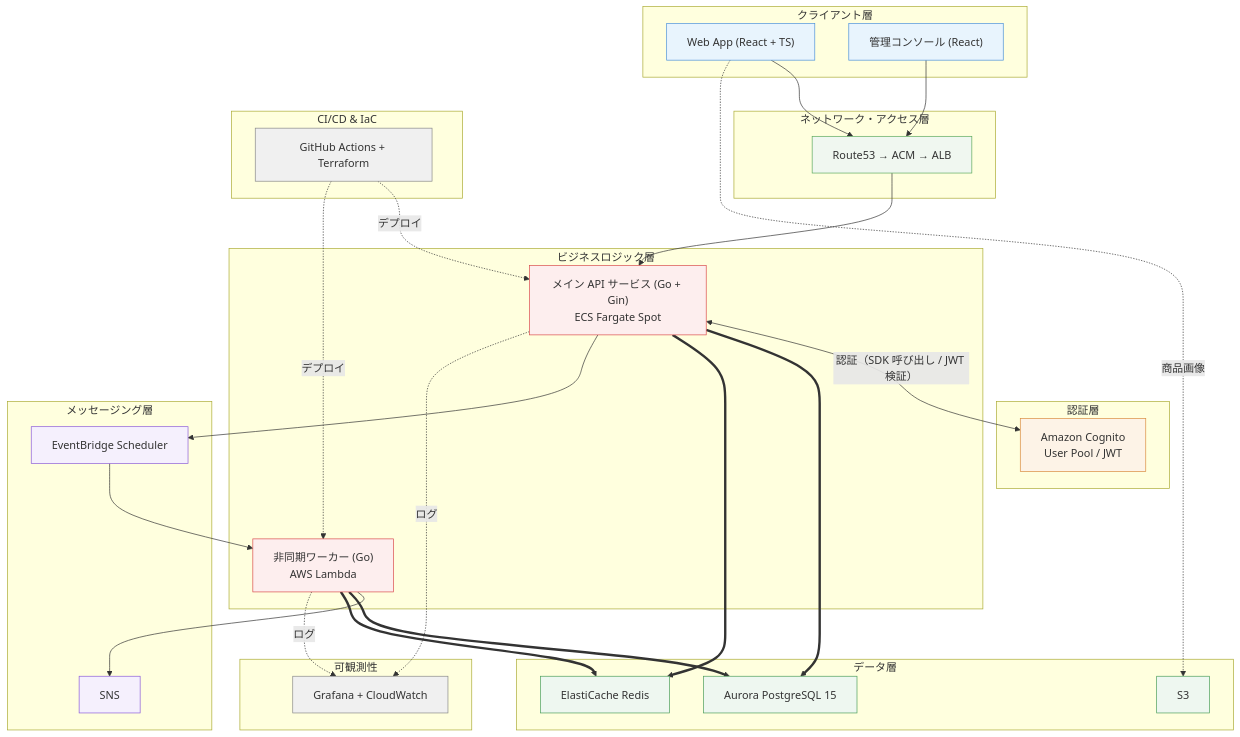
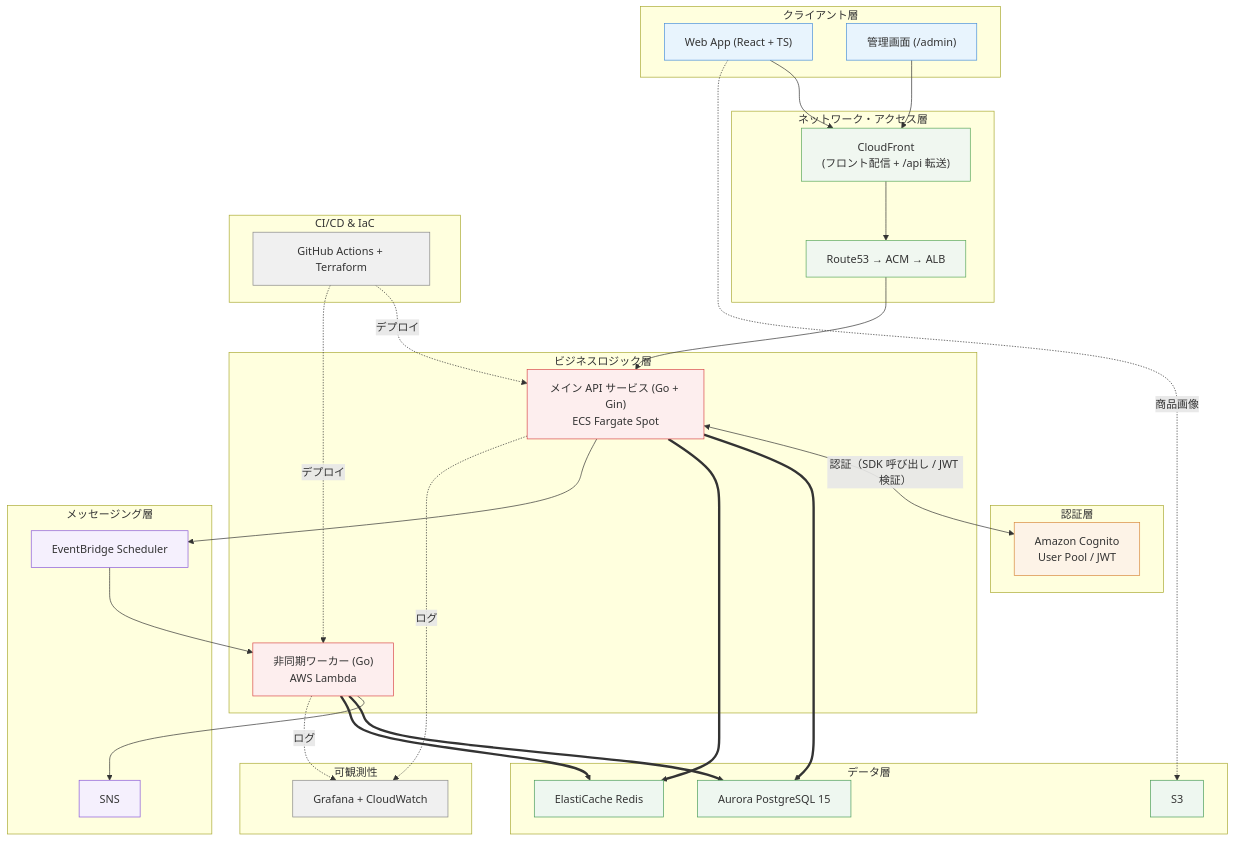
One commit to jessehub777/flashbuy changed the diagram in README.md. Above: the diagram before and after it, drawn with Mermaid. The commit also changed other lines of this file and 1 other file, not shown here.

````diff
--- a/README.md
+++ b/README.md
@@ -11,80 +11,82 @@
 ```mermaid
 flowchart TB
     %% レイヤー配色
     classDef client fill:#e8f4fd,stroke:#4a90d9
     classDef net    fill:#f0f7f0,stroke:#5aa85a
     classDef auth   fill:#fdf3e7,stroke:#d98a3d
     classDef biz    fill:#fdeeee,stroke:#d94a4a
     classDef msg    fill:#f5f0fd,stroke:#8a5ad9
     classDef data   fill:#eef7f0,stroke:#4a9d5a
     classDef obs    fill:#f0f0f0,stroke:#888
     classDef cicd   fill:#f0f0f0,stroke:#888
 
     subgraph CL["クライアント層"]
         Web["Web App (React + TS)"]
-        Console["管理コンソール (React)"]
+        Console["管理画面 (/admin)"]
     end
 
     subgraph NW["ネットワーク・アクセス層"]
         Ingress["Route53 → ACM → ALB"]
+        CF["CloudFront<br/>(フロント配信 + /api 転送)"]
     end
 
     subgraph AU["認証層"]
         Cognito["Amazon Cognito<br/>User Pool / JWT"]
     end
 
     subgraph BI["ビジネスロジック層"]
         API["メイン API サービス (Go + Gin)<br/>ECS Fargate Spot"]
         Worker["非同期ワーカー (Go)<br/>AWS Lambda"]
     end
 
     subgraph MG["メッセージング層"]
         EB["EventBridge Scheduler"]
         SNS["SNS"]
     end
 
     subgraph DT["データ層"]
         Aurora["Aurora PostgreSQL 15"]
         Redis["ElastiCache Redis"]
         S3["S3"]
     end
 
     subgraph OB["可観測性"]
         CW["Grafana + CloudWatch"]
     end
 
     subgraph CICD["CI/CD & IaC"]
         GH["GitHub Actions + Terraform"]
     end
 
     %% メインリクエスト経路（実線）
-    Web --> Ingress
-    Console --> Ingress
+    Web --> CF
+    Console --> CF
+    CF --> Ingress
     Ingress --> API
     API <-->|認証（SDK 呼び出し / JWT 検証）| Cognito
     API ==> Aurora
     API ==> Redis
     Web -. 商品画像 .-> S3
 
     %% 非同期経路
     API --> EB
     EB --> Worker
     Worker --> SNS
     Worker ==> Aurora
     Worker ==> Redis
 
     %% 監視 / デプロイ
     API -. ログ .-> CW
     Worker -. ログ .-> CW
     GH -. デプロイ .-> API
     GH -. デプロイ .-> Worker
 
     class Web,Console client
-    class Ingress net
+    class Ingress,CF net
     class Cognito auth
     class API,Worker biz
     class EB,SNS msg
     class Aurora,Redis,S3 data
     class CW obs
     class GH cicd
 ```
````
